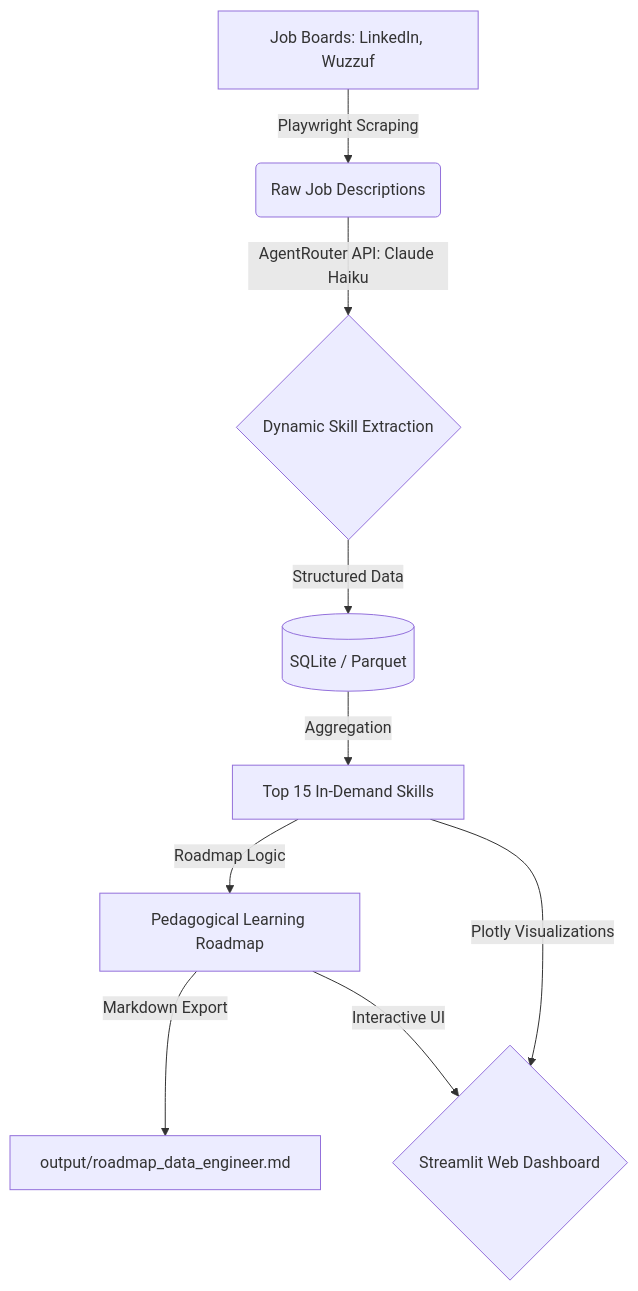
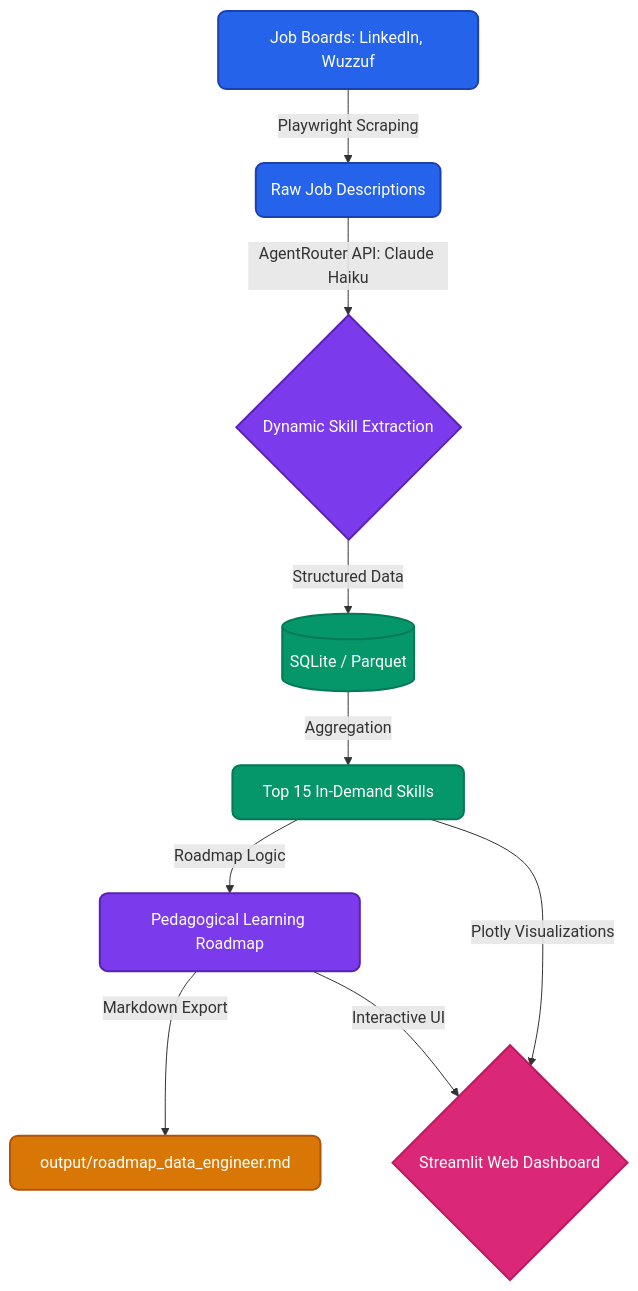
One commit to Sohila-Khaled-Abbas/data-career-roadmap-generator changed the diagram in README.md. Above: the diagram before and after it, drawn with Mermaid.

Commit message:
docs: style mermaid architecture diagram with modern color palette and nodes

````diff
--- a/README.md
+++ b/README.md
@@ -15,11 +15,18 @@
 ```mermaid
 graph TD
-    A["Job Boards: LinkedIn, Wuzzuf"] -->|"Playwright Scraping"| B("Raw Job Descriptions")
-    B -->|"AgentRouter API: Claude Haiku"| C{"Dynamic Skill Extraction"}
-    C -->|"Structured Data"| D[("SQLite / Parquet")]
-    D -->|"Aggregation"| E["Top 15 In-Demand Skills"]
-    E -->|"Roadmap Logic"| F["Pedagogical Learning Roadmap"]
-    F -->|"Markdown Export"| G["output/roadmap_data_engineer.md"]
-    E -->|"Plotly Visualizations"| H{"Streamlit Web Dashboard"}
+    %% Modern Color Palette and Styles
+    classDef scraper fill:#2563eb,stroke:#1e40af,stroke-width:2px,color:#fff,rx:8px,ry:8px
+    classDef ai fill:#7c3aed,stroke:#5b21b6,stroke-width:2px,color:#fff,rx:8px,ry:8px
+    classDef database fill:#059669,stroke:#047857,stroke-width:2px,color:#fff,rx:8px,ry:8px
+    classDef ui fill:#db2777,stroke:#be185d,stroke-width:2px,color:#fff,rx:8px,ry:8px
+    classDef file fill:#d97706,stroke:#b45309,stroke-width:2px,color:#fff,rx:8px,ry:8px
+
+    A["Job Boards: LinkedIn, Wuzzuf"]:::scraper -->|"Playwright Scraping"| B("Raw Job Descriptions"):::scraper
+    B -->|"AgentRouter API: Claude Haiku"| C{"Dynamic Skill Extraction"}:::ai
+    C -->|"Structured Data"| D[("SQLite / Parquet")]:::database
+    D -->|"Aggregation"| E["Top 15 In-Demand Skills"]:::database
+    E -->|"Roadmap Logic"| F["Pedagogical Learning Roadmap"]:::ai
+    F -->|"Markdown Export"| G["output/roadmap_data_engineer.md"]:::file
+    E -->|"Plotly Visualizations"| H{"Streamlit Web Dashboard"}:::ui
     F -->|"Interactive UI"| H
 ```
````
